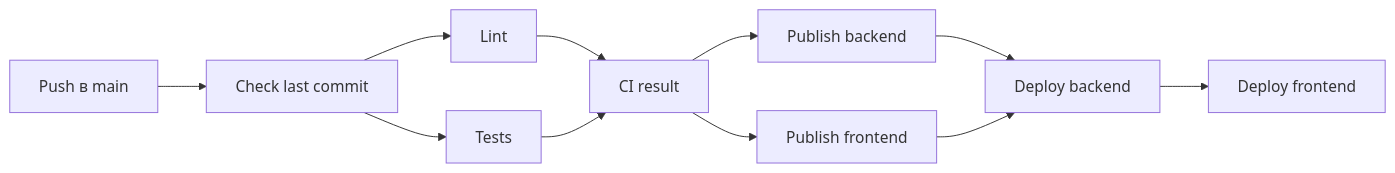
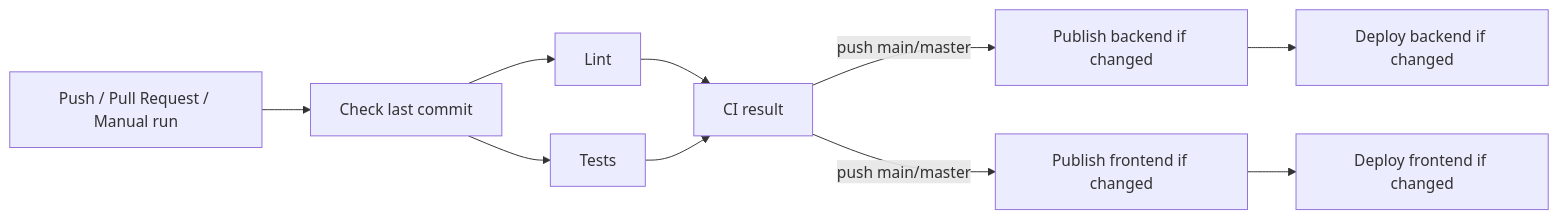
The first of 2 diagrams in README.md (ilushka-obnimashka/ilushka-obnimashka-Junior_DevOps_TestTask), drawn with Mermaid before and after one commit. The commit also changed other lines of this file, not shown here.

````diff
--- a/README.md
+++ b/README.md
@@ -21,13 +21,14 @@
 ```mermaid
 flowchart LR
-    A[Push в main] --> B[Check last commit]
+    A[Push / Pull Request / Manual run] --> B[Check last commit]
     B --> C1[Lint]
     B --> C2[Tests]
     C1 --> D[CI result]
     C2 --> D
-    D --> E1[Publish backend]
-    D --> E2[Publish frontend]
-    E1 --> F[Deploy backend]
-    E2 --> F
-    F --> G[Deploy frontend]
+
+    D -->|push main/master| E1[Publish backend if changed]
+    D -->|push main/master| E2[Publish frontend if changed]
+
+    E1 --> F1[Deploy backend if changed]
+    E2 --> F2[Deploy frontend if changed]
 ```
````
